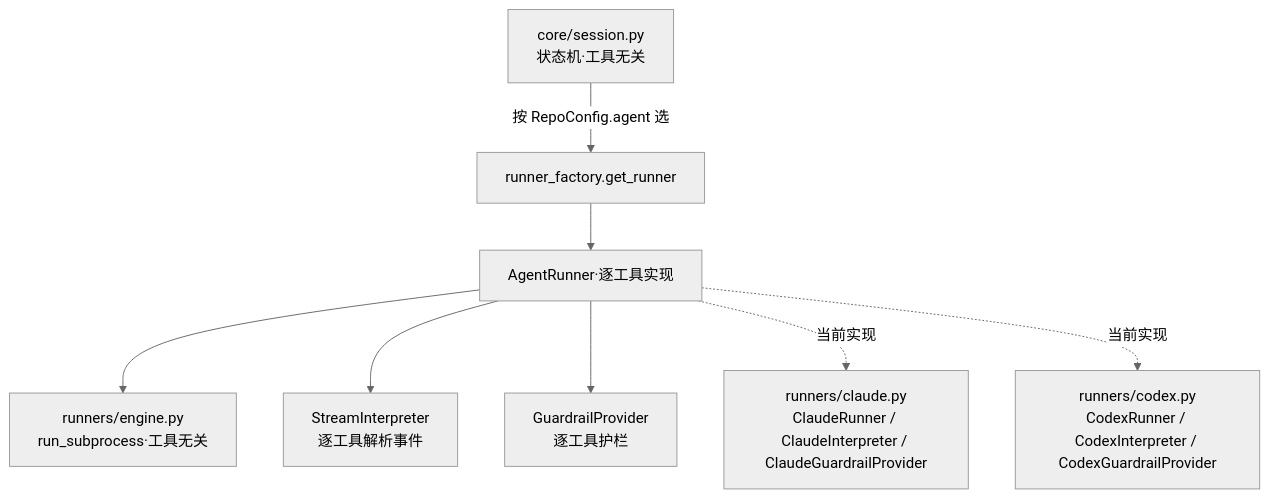
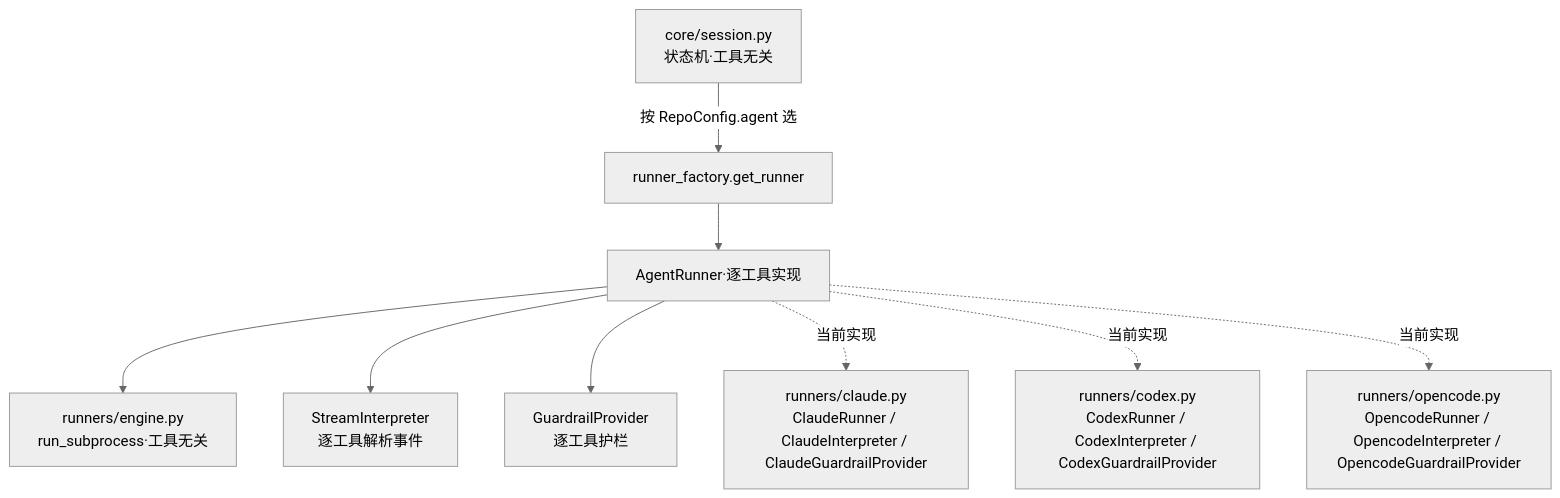
One commit to fboostr/cc-fleet changed the second of 2 diagrams in docs/architecture.md. Above: the diagram before and after it, drawn with Mermaid (neutral theme). The commit also changed other lines of this file and 9 other files, not shown here.

First line of the commit message:
feat: 接入 opencode runner（local，纯 prompt 软护栏） (#20)

````diff
--- a/docs/architecture.md
+++ b/docs/architecture.md
@@ -67,10 +67,11 @@
 ```mermaid
 flowchart TB
     SESS[core/session.py<br/>状态机·工具无关] -->|按 RepoConfig.agent 选| FAC[runner_factory.get_runner]
     FAC --> RUNNER[AgentRunner·逐工具实现]
     RUNNER --> ENGINE[runners/engine.py<br/>run_subprocess·工具无关]
     RUNNER --> INTERP[StreamInterpreter<br/>逐工具解析事件]
     RUNNER --> GUARD[GuardrailProvider<br/>逐工具护栏]
     RUNNER -.->|当前实现| CLAUDE[runners/claude.py<br/>ClaudeRunner / ClaudeInterpreter / ClaudeGuardrailProvider]
     RUNNER -.->|当前实现| CODEX[runners/codex.py<br/>CodexRunner / CodexInterpreter / CodexGuardrailProvider]
+    RUNNER -.->|当前实现| OC[runners/opencode.py<br/>OpencodeRunner / OpencodeInterpreter / OpencodeGuardrailProvider]
 ```
````
